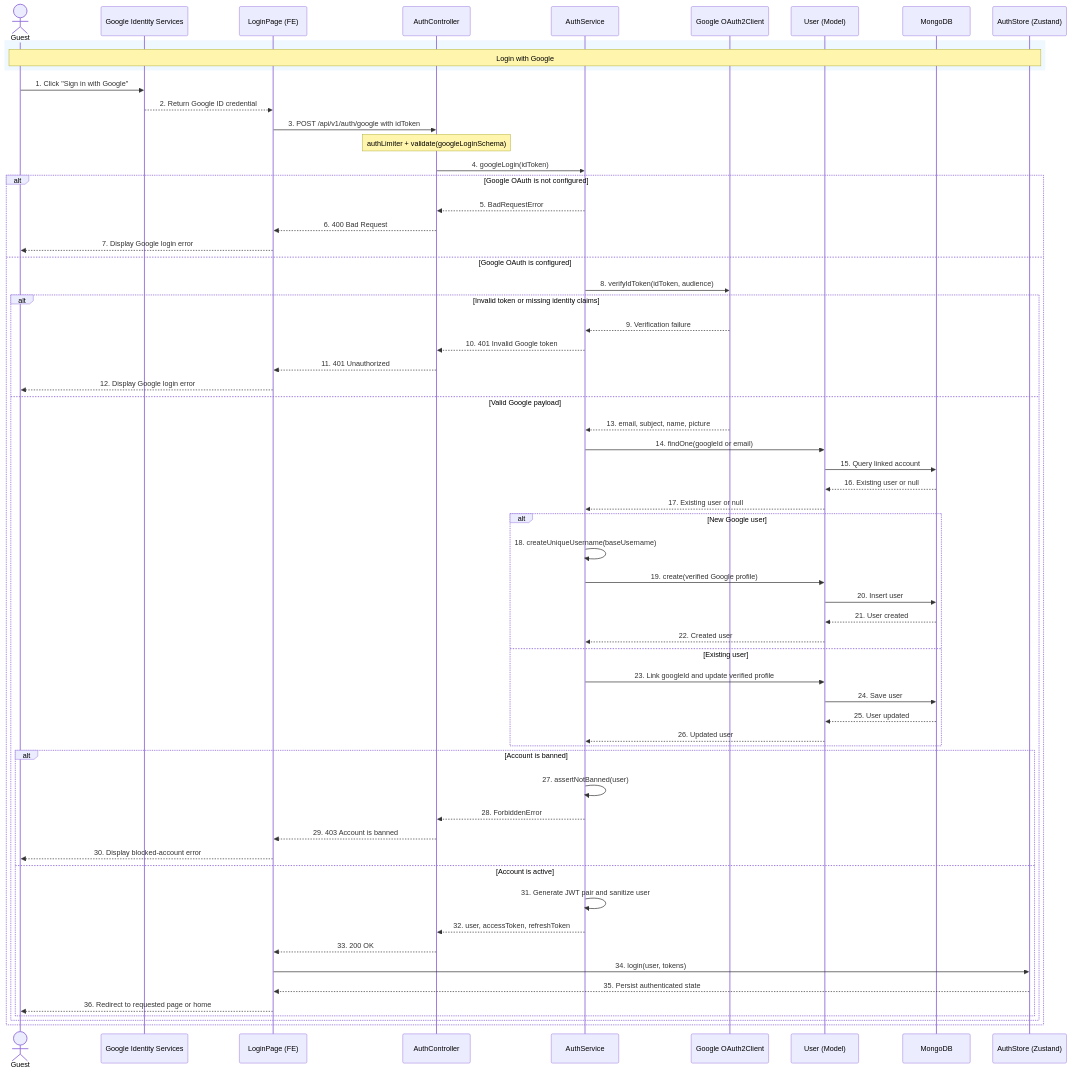
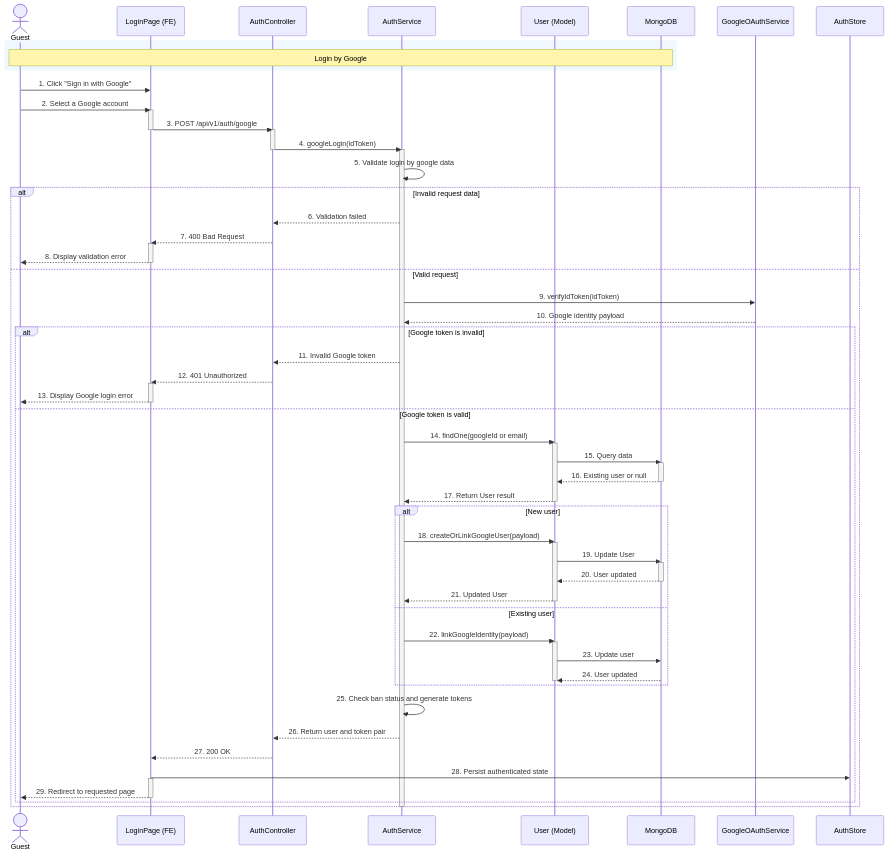
One commit to SUMMER2026SE/wdp301-rbl-project-wdp_se18d08_group-5 changed the sixth of 60 diagrams in docs/19_Detailed_Design.md. Above: the diagram before and after it, drawn with Mermaid. The commit also changed other lines of this file, not shown here.

````diff
--- a/docs/19_Detailed_Design.md
+++ b/docs/19_Detailed_Design.md
@@ -286,70 +435,84 @@
 ```mermaid
 sequenceDiagram
-    actor Guest
-    participant GoogleUI as Google Identity Services
+    actor A as Guest
     participant FE as LoginPage (FE)
     participant Ctrl as AuthController
     participant Svc as AuthService
-    participant GoogleAPI as Google OAuth2Client
     participant Model as User (Model)
     participant DB as MongoDB
-    participant Store as AuthStore (Zustand)
+    participant GoogleOAuthService as GoogleOAuthService
+    participant Store as AuthStore
 
     rect rgb(240,248,255)
-        Note over Guest,Store: Login with Google
+        Note over A,DB: Login by Google
     end
 
-    Guest->>GoogleUI: 1. Click "Sign in with Google"
-    GoogleUI-->>FE: 2. Return Google ID credential
-    FE->>Ctrl: 3. POST /api/v1/auth/google with idToken
-    Note over Ctrl: authLimiter + validate(googleLoginSchema)
+    A->>FE: 1. Click "Sign in with Google"
+    A->>FE: 2. Select a Google account
+
+    activate FE
+    FE->>Ctrl: 3. POST /api/v1/auth/google
+    deactivate FE
+
+    activate Ctrl
     Ctrl->>Svc: 4. googleLogin(idToken)
+    deactivate Ctrl
 
-    alt Google OAuth is not configured
-        Svc-->>Ctrl: 5. BadRequestError
-        Ctrl-->>FE: 6. 400 Bad Request
-        FE-->>Guest: 7. Display Google login error
-    else Google OAuth is configured
-        Svc->>GoogleAPI: 8. verifyIdToken(idToken, audience)
+    activate Svc
+    Svc->>Svc: 5. Validate login by google data
 
-        alt Invalid token or missing identity claims
-            GoogleAPI-->>Svc: 9. Verification failure
-            Svc-->>Ctrl: 10. 401 Invalid Google token
-            Ctrl-->>FE: 11. 401 Unauthorized
-            FE-->>Guest: 12. Display Google login error
-        else Valid Google payload
-            GoogleAPI-->>Svc: 13. email, subject, name, picture
+    alt Invalid request data
+        Svc-->>Ctrl: 6. Validation failed
+        Ctrl-->>FE: 7. 400 Bad Request
+        activate FE
+        FE-->>A: 8. Display validation error
+        deactivate FE
+
+    else Valid request
+        Svc->>GoogleOAuthService: 9. verifyIdToken(idToken)
+        GoogleOAuthService-->>Svc: 10. Google identity payload
+
+        alt Google token is invalid
+            Svc-->>Ctrl: 11. Invalid Google token
+            Ctrl-->>FE: 12. 401 Unauthorized
+            activate FE
+            FE-->>A: 13. Display Google login error
+            deactivate FE
+
+        else Google token is valid
             Svc->>Model: 14. findOne(googleId or email)
-            Model->>DB: 15. Query linked account
+            activate Model
+            Model->>DB: 15. Query data
+            activate DB
             DB-->>Model: 16. Existing user or null
-            Model-->>Svc: 17. Existing user or null
-
-            alt New Google user
-                Svc->>Svc: 18. createUniqueUsername(baseUsername)
-                Svc->>Model: 19. create(verified Google profile)
-                Model->>DB: 20. Insert user
-                DB-->>Model: 21. User created
-                Model-->>Svc: 22. Created user
+            deactivate DB
+            Model-->>Svc: 17. Return User result
+            deactivate Model
+            alt New user
+                Svc->>Model: 18. createOrLinkGoogleUser(payload)
+                activate Model
+                Model->>DB: 19. Update User
+                activate DB
+                DB-->>Model: 20. User updated
+                deactivate DB
+                Model-->>Svc: 21. Updated User
+                deactivate Model
             else Existing user
-                Svc->>Model: 23. Link googleId and update verified profile
-                Model->>DB: 24. Save user
-                DB-->>Model: 25. User updated
-                Model-->>Svc: 26. Updated user
+                Svc->>Model: 22. linkGoogleIdentity(payload)
+                activate Model
+                Model->>DB: 23. Update user
+                DB-->>Model: 24. User updated
+                deactivate Model
             end
-
-            alt Account is banned
-                Svc->>Svc: 27. assertNotBanned(user)
-                Svc-->>Ctrl: 28. ForbiddenError
-                Ctrl-->>FE: 29. 403 Account is banned
-                FE-->>Guest: 30. Display blocked-account error
-            else Account is active
-                Svc->>Svc: 31. Generate JWT pair and sanitize user
-                Svc-->>Ctrl: 32. user, accessToken, refreshToken
-                Ctrl-->>FE: 33. 200 OK
-                FE->>Store: 34. login(user, tokens)
-                Store-->>FE: 35. Persist authenticated state
-                FE-->>Guest: 36. Redirect to requested page or home
-            end
+            Svc->>Svc: 25. Check ban status and generate tokens
+            Svc-->>Ctrl: 26. Return user and token pair
+            Ctrl-->>FE: 27. 200 OK
+            FE->>Store: 28. Persist authenticated state
+            activate FE
+            FE-->>A: 29. Redirect to requested page
+            deactivate FE
         end
     end
+
+    deactivate Svc
 ```
````
